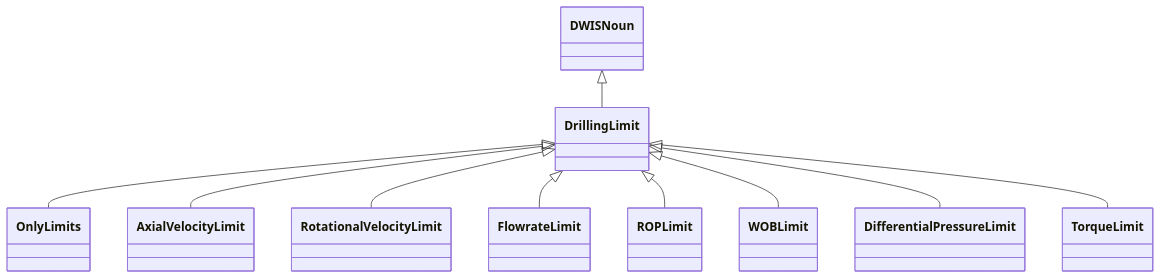
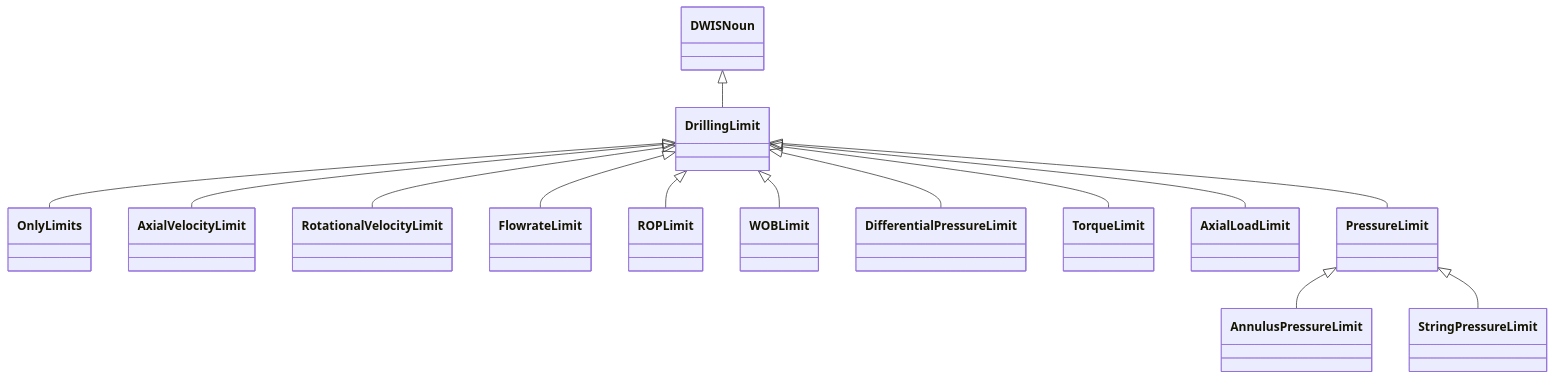
The first of 12 diagrams in docs/vocabulary_development/auto-generated/md/definition-files/DrillingLimit.md (D-WIS/DDHub-Semantic-Interoperability), drawn with Mermaid before and after one commit. The commit also changed other lines of this file and 11 other files, not shown here.

````diff
--- a/docs/vocabulary_development/auto-generated/md/definition-files/DrillingLimit.md
+++ b/docs/vocabulary_development/auto-generated/md/definition-files/DrillingLimit.md
@@ -8,12 +8,16 @@
 ```mermaid
 classDiagram
 DWISNoun <|-- DrillingLimit
 DrillingLimit <|-- OnlyLimits
 DrillingLimit <|-- AxialVelocityLimit
 DrillingLimit <|-- RotationalVelocityLimit
 DrillingLimit <|-- FlowrateLimit
 DrillingLimit <|-- ROPLimit
 DrillingLimit <|-- WOBLimit
 DrillingLimit <|-- DifferentialPressureLimit
 DrillingLimit <|-- TorqueLimit
+DrillingLimit <|-- AxialLoadLimit
+DrillingLimit <|-- PressureLimit
+PressureLimit <|-- AnnulusPressureLimit
+PressureLimit <|-- StringPressureLimit
 ```
````
